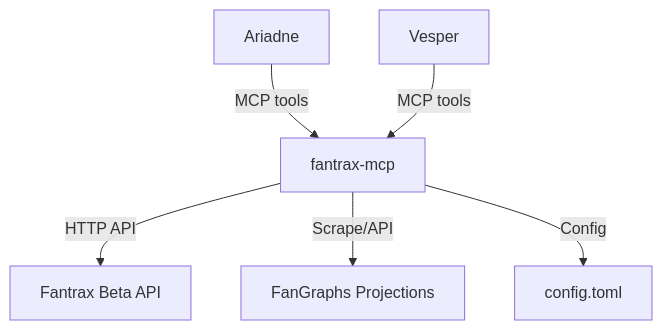
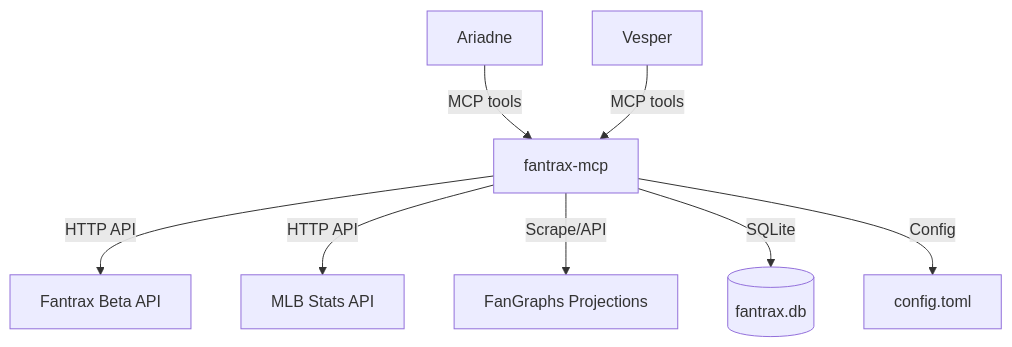
One commit to butterflyskies/fantrax-mcp changed the first of 3 diagrams in docs/design/architecture.md. Above: the diagram before and after it, drawn with Mermaid. The commit also changed other lines of this file and 34 other files, not shown here.

First line of the commit message:
feat: initial implementation — 14 MCP tools, API clients, SQLite caching, platoon analysis (#1)

````diff
--- a/docs/design/architecture.md
+++ b/docs/design/architecture.md
@@ -43,8 +82,10 @@
 ```mermaid
 graph TB
     Agent1[Ariadne] -->|MCP tools| Server[fantrax-mcp]
     Agent2[Vesper] -->|MCP tools| Server
     Server -->|HTTP API| Fantrax[Fantrax Beta API]
+    Server -->|HTTP API| MLB[MLB Stats API]
     Server -->|Scrape/API| FanGraphs[FanGraphs Projections]
+    Server -->|SQLite| DB[(fantrax.db)]
     Server -->|Config| Config[config.toml]
 ```
````
